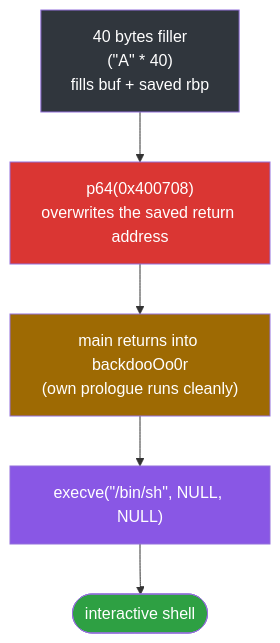
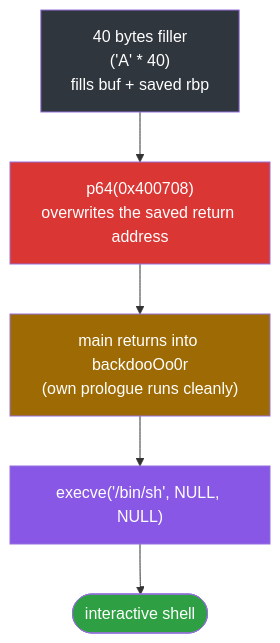
Before and after one commit to Gantosay/CTF-Writeups: the fourth of 4 diagrams in BUUCTF/PWN/Easy/[NewStarCTF Open Competition Track]ret2text/README.md, drawn with Mermaid.

````diff
--- a/BUUCTF/PWN/Easy/[NewStarCTF Open Competition Track]ret2text/README.md
+++ b/BUUCTF/PWN/Easy/[NewStarCTF Open Competition Track]ret2text/README.md
@@ -310,13 +310,13 @@
 ```mermaid
 flowchart TD
-    P["40 bytes filler\n(&quot;A&quot; * 40)\nfills buf + saved rbp"] --> T["p64(0x400708)\noverwrites the saved return address"]
-    T --> E["main returns into backdooOo0r\n(own prologue runs cleanly)"]
-    E --> X["execve(&quot;/bin/sh&quot;, NULL, NULL)"]
+    P["40 bytes filler<br>('A' * 40)<br>fills buf + saved rbp"] --> T["p64(0x400708)<br>overwrites the saved return address"]
+    T --> E["main returns into backdooOo0r<br>(own prologue runs cleanly)"]
+    E --> X["execve('/bin/sh', NULL, NULL)"]
     X --> SH(["interactive shell"])
 
     style P fill:#30363d,color:#fff
     style T fill:#da3633,color:#fff
     style E fill:#9e6a03,color:#fff
     style X fill:#8957e5,color:#fff
     style SH fill:#2ea043,color:#fff
 ```
````
